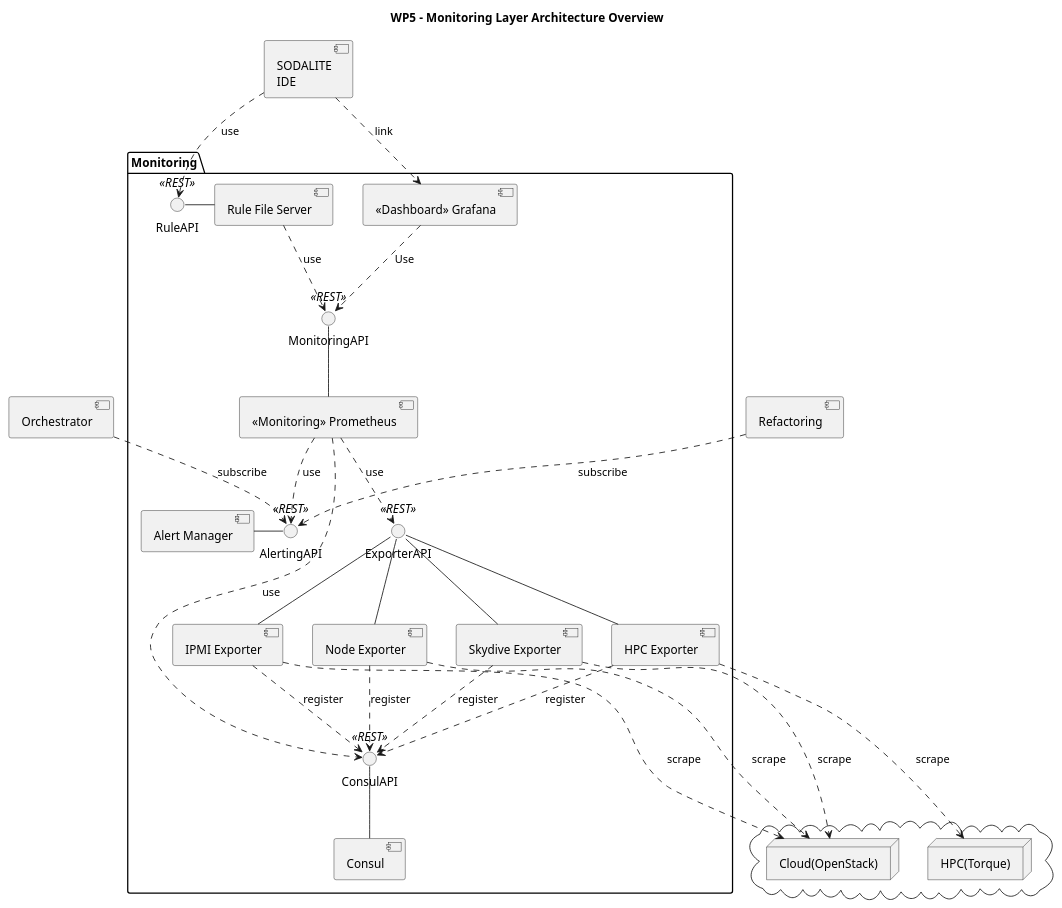
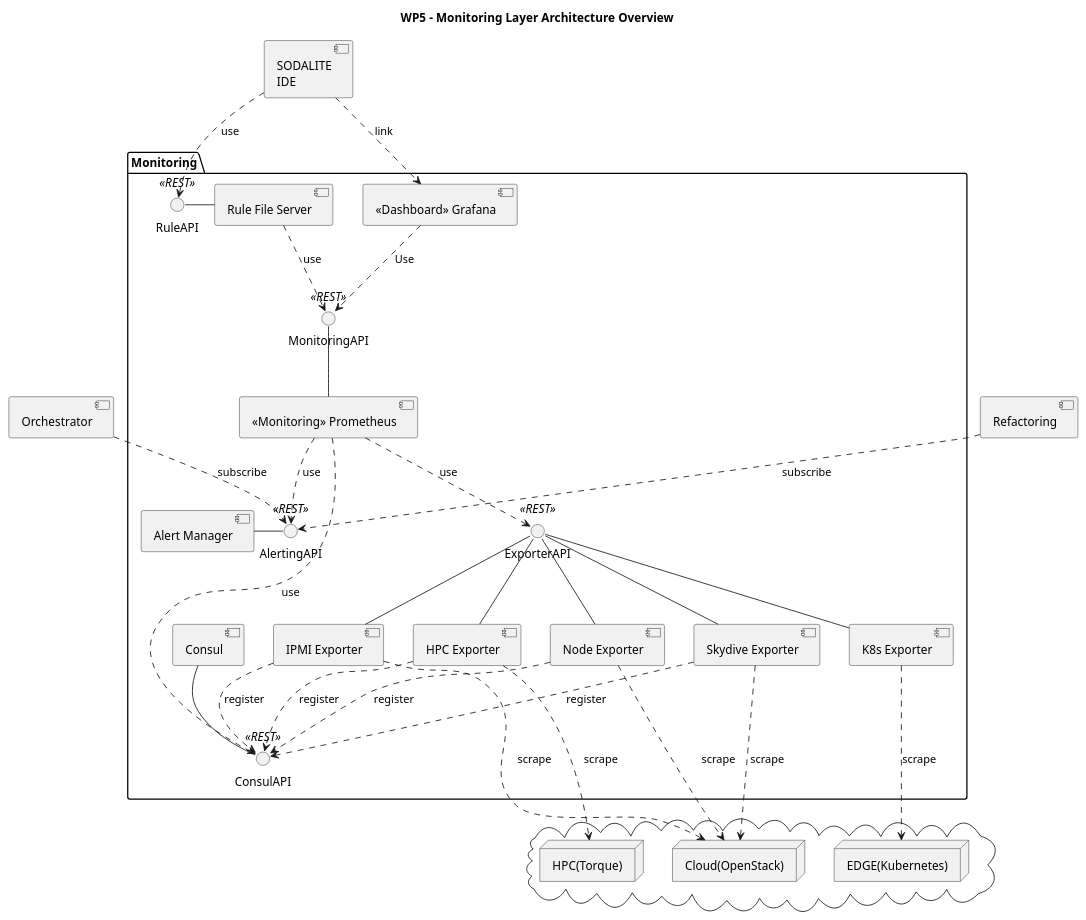
Before and after one commit to SODALITE-EU/project-wide-documentation: the diagram in uml/component-diagrams/CD-WP5-MonitoringOverview.puml, drawn with PlantUML. The commit also changed 1 other file, not shown here.

Commit message:
d2.3: changes in WP5 general architecture

```diff
--- a/uml/component-diagrams/CD-WP5-MonitoringOverview.puml
+++ b/uml/component-diagrams/CD-WP5-MonitoringOverview.puml
@@ -1,67 +1,71 @@
 @startuml
 
 title WP5 - Monitoring Layer Architecture Overview
 
 
 package "Monitoring" as mon {
     [<<Monitoring>> Prometheus] as mon_impl
     () "MonitoringAPI" <<REST>> as mon_if
     [Consul] as con_impl
     () "ConsulAPI" <<REST>> as con_if
     [Rule File Server] as rule_impl
     () "RuleAPI" <<REST>> as rule_if
     [<<Dashboard>> Grafana] as dash
     [IPMI Exporter] as ipmi_exp
     [HPC Exporter] as hpc_exp
     [Node Exporter] as node_exp
     [Skydive Exporter] as sky_exp
+    [K8s Exporter] as k8s_exp
     () "ExporterAPI" <<REST>> as exp_if
     [Alert Manager] as alert_mngr
     () "AlertingAPI" <<REST>> as alert_if
 }
 
 cloud {
     node "Cloud(OpenStack)" as OpenStack
     node "HPC(Torque)" as Torque
+    node "EDGE(Kubernetes)" as K8s
 }
 
 
 [SODALITE\nIDE] as ide
 
 [Orchestrator] as orch
 [Orchestrator] as orch
 [Refactoring] as refac
 
 
 mon_impl -u- mon_if
-con_impl -u- con_if
+con_impl -d- con_if
 rule_impl -r- rule_if
 ipmi_exp -u- exp_if
 hpc_exp -u- exp_if
 sky_exp -u- exp_if
 node_exp -u- exp_if
+k8s_exp -u- exp_if
 mon_impl ..> exp_if : use
 dash ..> mon_if: Use
 alert_mngr -r- alert_if
 mon_impl ..> con_if: use
 rule_impl ..> mon_if: use
 mon_impl ..> alert_if : use
 
 
 node_exp ..> con_if : register
 ipmi_exp ..> con_if : register
 hpc_exp ..> con_if : register
 sky_exp ..> con_if : register
 
 
 ipmi_exp ...> OpenStack : scrape
 node_exp ...> OpenStack : scrape
 hpc_exp ...> Torque : scrape
 sky_exp ...> OpenStack : scrape
+k8s_exp ...> K8s : scrape
 
 ide ..> dash : link
 ide ..> rule_if : use
 orch ..> alert_if : subscribe
 refac ..> alert_if : subscribe
 
 @enduml
```
